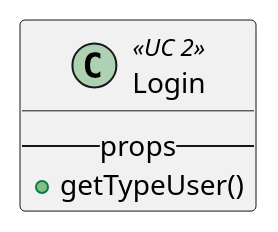
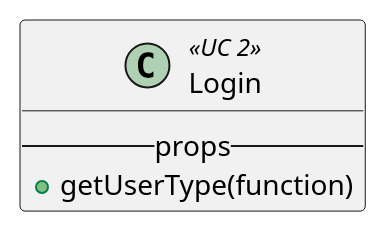
Before and after one commit to M9k/Marvin-Uml: the diagram in react/custom/login.iuml, drawn with PlantUML. The commit also changed 14 other files, not shown here.

```diff
--- a/react/custom/login.iuml
+++ b/react/custom/login.iuml
@@ -1,4 +1,4 @@
 class Login <<UC 2>>{
   --props--
-  + getTypeUser()
+  + getUserType(function)
 }
```
